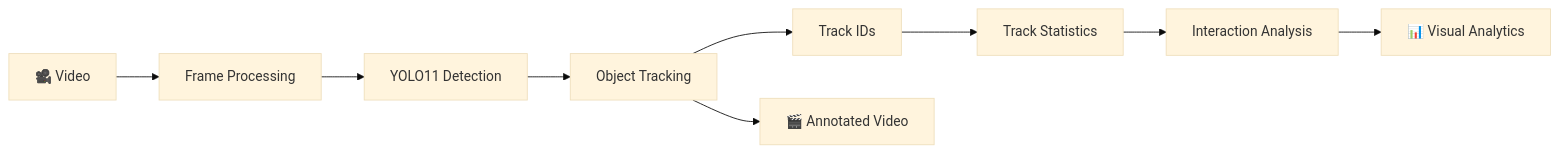
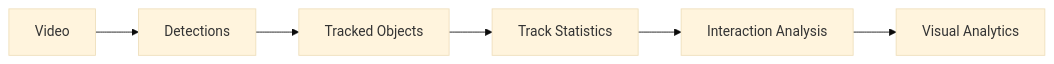
One commit to Debankumardas/AI-Visual-Intelligence-API changed the second of 6 diagrams in README.md. Above: the diagram before and after it, drawn with Mermaid (base theme). The commit also changed other lines of this file, not shown here.

````diff
--- a/README.md
+++ b/README.md
@@ -159,19 +235,8 @@
 ```mermaid
 flowchart LR
-
-    A[🎥 Video] --> B[Frame Processing]
-
-    B --> C[YOLO11 Detection]
-
-    C --> D[Object Tracking]
-
-    D --> E[Track IDs]
-
-    E --> F[Track Statistics]
-
-    F --> G[Interaction Analysis]
-
-    G --> H[📊 Visual Analytics]
-
-    D --> I[🎬 Annotated Video]
+    A[Video] --> B[Detections]
+    B --> C[Tracked Objects]
+    C --> D[Track Statistics]
+    D --> E[Interaction Analysis]
+    E --> F[Visual Analytics]
 ```
````
